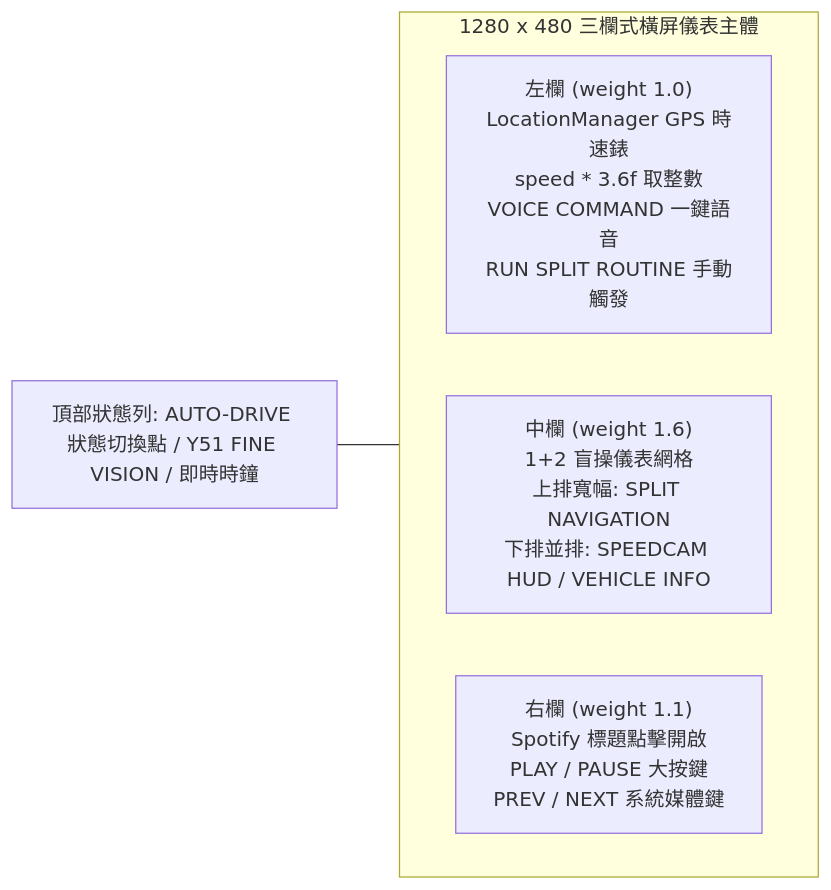
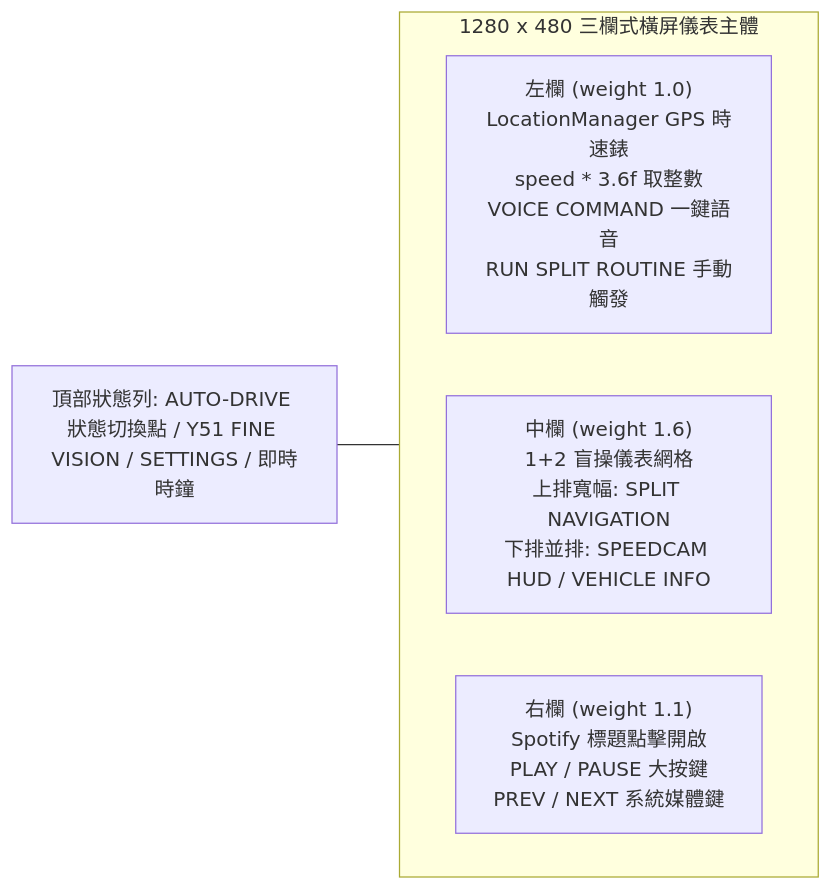
One commit to joe10897/infinitiX_CarLauncher changed the first of 2 diagrams in README.md. Above: the diagram before and after it, drawn with Mermaid. The commit also changed other lines of this file and 9 other files, not shown here.

Commit message:
feat: add top-bar SETTINGS button and monochrome Infiniti app logo

````diff
--- a/README.md
+++ b/README.md
@@ -49,13 +49,13 @@
 ```mermaid
 flowchart LR
-    TOP["頂部狀態列: AUTO-DRIVE 狀態切換點 / Y51 FINE VISION / 即時時鐘"]
+    TOP["頂部狀態列: AUTO-DRIVE 狀態切換點 / Y51 FINE VISION / SETTINGS / 即時時鐘"]
 
     subgraph BODY["1280 x 480 三欄式橫屏儀表主體"]
         direction LR
         LEFT["左欄 (weight 1.0)<br/>LocationManager GPS 時速錶<br/>speed * 3.6f 取整數<br/>VOICE COMMAND 一鍵語音<br/>RUN SPLIT ROUTINE 手動觸發"]
         CENTER["中欄 (weight 1.6)<br/>1+2 盲操儀表網格<br/>上排寬幅: SPLIT NAVIGATION<br/>下排並排: SPEEDCAM HUD / VEHICLE INFO"]
         RIGHT["右欄 (weight 1.1)<br/>Spotify 標題點擊開啟<br/>PLAY / PAUSE 大按鍵<br/>PREV / NEXT 系統媒體鍵"]
     end
 
     TOP --- BODY
 ```
````
